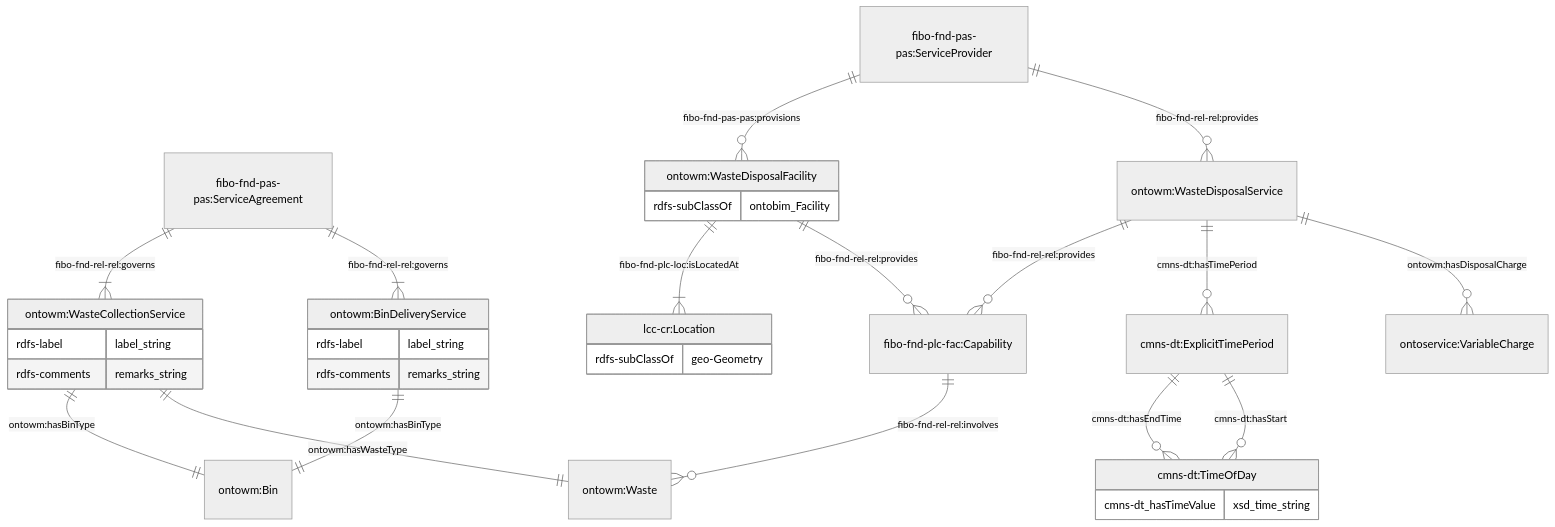
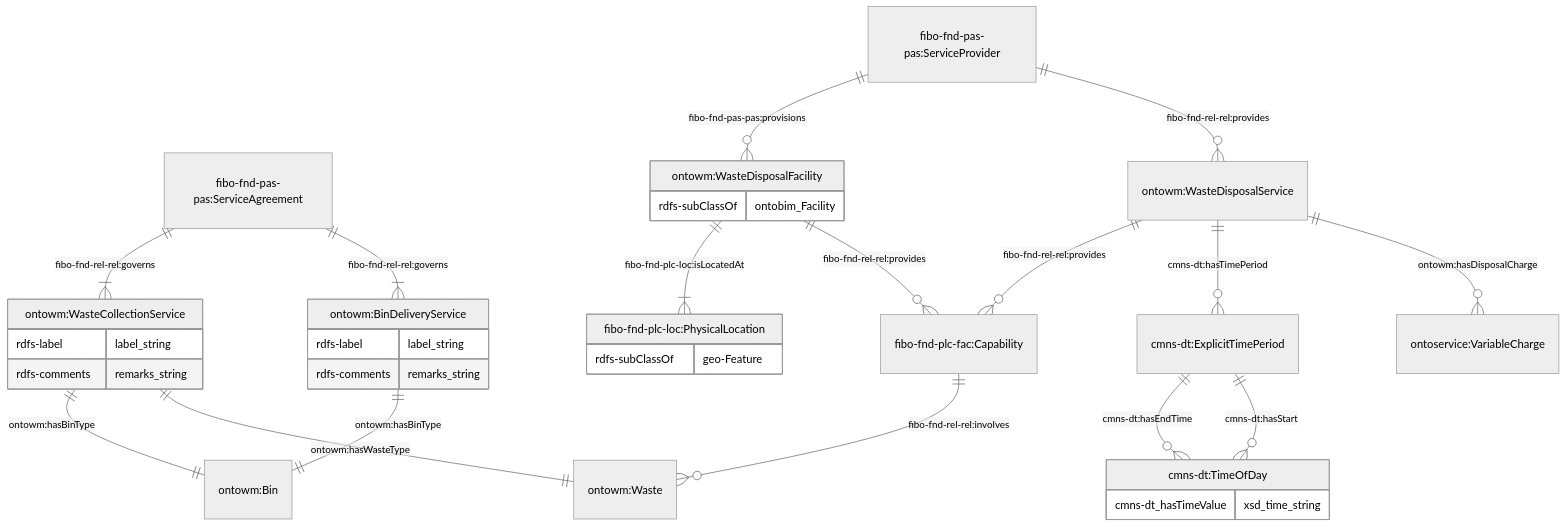
Before and after one commit to cambridge-cares/TheWorldAvatar: the third of 11 diagrams in JPS_Ontology/ontology/ontowastemanagement/README.md, drawn with Mermaid (neutral theme). The commit also changed other lines of this file and 1 other file, not shown here.

Commit message:
dev-ontowastemanagement: Update to use physical location instead of location

````diff
--- a/JPS_Ontology/ontology/ontowastemanagement/README.md
+++ b/JPS_Ontology/ontology/ontowastemanagement/README.md
@@ -160,39 +161,39 @@
 ```mermaid
     erDiagram
     "fibo-fnd-pas-pas:ServiceAgreement" ||--|{ "ontowm:BinDeliveryService" : "fibo-fnd-rel-rel:governs"
     "ontowm:BinDeliveryService" ||--|| "ontowm:Bin" : "ontowm:hasBinType"
     "ontowm:BinDeliveryService" {
         rdfs-label label_string
         rdfs-comments remarks_string
     }
 
     "fibo-fnd-pas-pas:ServiceAgreement" ||--|{ "ontowm:WasteCollectionService" : "fibo-fnd-rel-rel:governs"
     "ontowm:WasteCollectionService" ||--|| "ontowm:Waste" : "ontowm:hasWasteType"
     "ontowm:WasteCollectionService" ||--|| "ontowm:Bin" : "ontowm:hasBinType"
     "ontowm:WasteCollectionService" {
         rdfs-label label_string
         rdfs-comments remarks_string
     }
 
     "fibo-fnd-pas-pas:ServiceProvider" ||--o{ "ontowm:WasteDisposalService" : "fibo-fnd-rel-rel:provides"
     "ontowm:WasteDisposalService" ||--o{ "ontoservice:VariableCharge" : "ontowm:hasDisposalCharge"
     "ontowm:WasteDisposalService" ||--o{ "cmns-dt:ExplicitTimePeriod" : "cmns-dt:hasTimePeriod"
     "cmns-dt:ExplicitTimePeriod" ||--o{ "cmns-dt:TimeOfDay" : "cmns-dt:hasStart"
     "cmns-dt:ExplicitTimePeriod" ||--o{ "cmns-dt:TimeOfDay" : "cmns-dt:hasEndTime"
     "cmns-dt:TimeOfDay" {
         cmns-dt_hasTimeValue xsd_time_string
     }
 
     "ontowm:WasteDisposalService" ||--o{ "fibo-fnd-plc-fac:Capability" : "fibo-fnd-rel-rel:provides"
     "fibo-fnd-plc-fac:Capability" ||--o{ "ontowm:Waste" : "fibo-fnd-rel-rel:involves"
 
     "fibo-fnd-pas-pas:ServiceProvider" ||--o{ "ontowm:WasteDisposalFacility" : "fibo-fnd-pas-pas:provisions"
     "ontowm:WasteDisposalFacility" ||--o{ "fibo-fnd-plc-fac:Capability" : "fibo-fnd-rel-rel:provides"
     "ontowm:WasteDisposalFacility" {
         rdfs-subClassOf ontobim_Facility
     }
-    "ontowm:WasteDisposalFacility" ||--|{ "lcc-cr:Location" : "fibo-fnd-plc-loc:isLocatedAt"
-    "lcc-cr:Location" {
-        rdfs-subClassOf geo-Geometry
+    "ontowm:WasteDisposalFacility" ||--|{ "fibo-fnd-plc-loc:PhysicalLocation" : "fibo-fnd-plc-loc:isLocatedAt"
+    "fibo-fnd-plc-loc:PhysicalLocation" {
+        rdfs-subClassOf geo-Feature
     }
 ```
````
